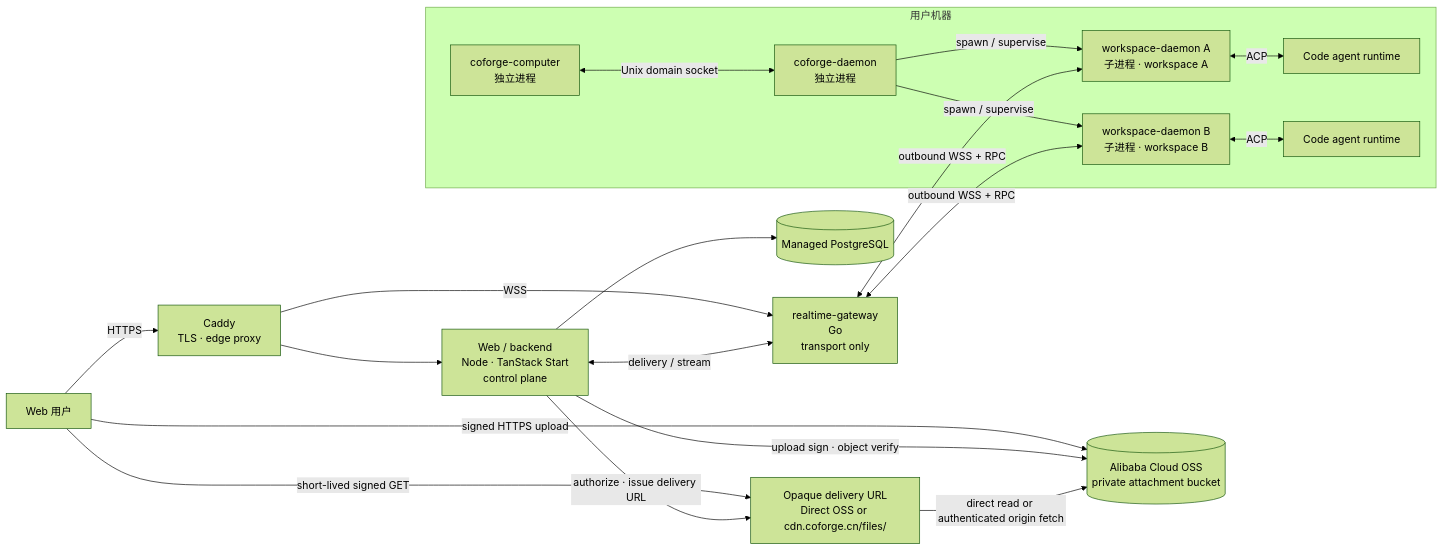
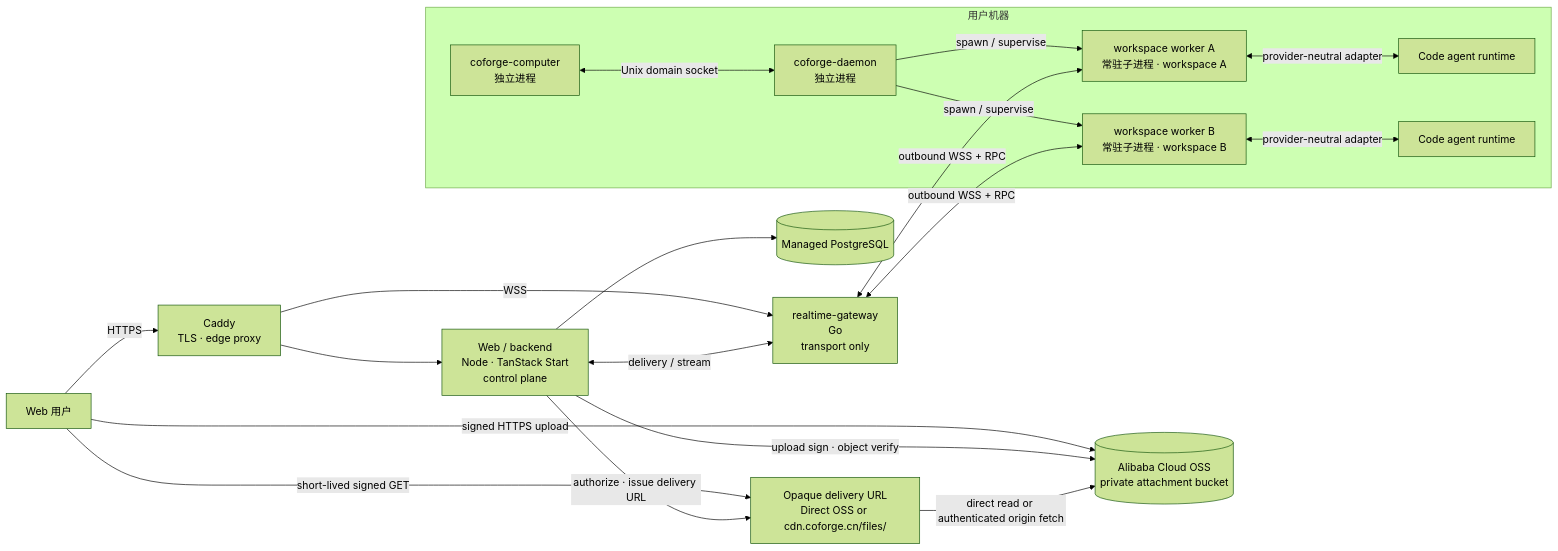
Before and after one commit to LRM-Teams/coforge: the diagram in docs/architecture.md, drawn with Mermaid (forest theme). The commit also changed other lines of this file and 39 other files, not shown here.

````diff
--- a/docs/architecture.md
+++ b/docs/architecture.md
@@ -25,31 +25,31 @@
 ```mermaid
 flowchart LR
     User[Web 用户] -->|HTTPS| Caddy[Caddy<br/>TLS · edge proxy]
     User -->|signed HTTPS upload| OSS[(Alibaba Cloud OSS<br/>private attachment bucket)]
     User -->|short-lived signed GET| Delivery[Opaque delivery URL<br/>Direct OSS or cdn.coforge.cn/files/]
     Caddy --> Web[Web / backend<br/>Node · TanStack Start<br/>control plane]
     Caddy -->|WSS| Gateway[realtime-gateway<br/>Go<br/>transport only]
     Web --> DB[(Managed PostgreSQL)]
     Web -->|upload sign · object verify| OSS
     Web -->|authorize · issue delivery URL| Delivery
     Delivery -->|direct read or authenticated origin fetch| OSS
     Web <-->|delivery / stream| Gateway
 
     subgraph Host[用户机器]
         Computer[coforge-computer<br/>独立进程]
         Daemon[coforge-daemon<br/>独立进程]
-        WD1[workspace-daemon A<br/>子进程 · workspace A]
-        WD2[workspace-daemon B<br/>子进程 · workspace B]
+        WD1[workspace worker A<br/>常驻子进程 · workspace A]
+        WD2[workspace worker B<br/>常驻子进程 · workspace B]
         Agent1[Code agent runtime]
         Agent2[Code agent runtime]
 
         Computer <-->|Unix domain socket| Daemon
         Daemon -->|spawn / supervise| WD1
         Daemon -->|spawn / supervise| WD2
-        WD1 <-->|ACP| Agent1
-        WD2 <-->|ACP| Agent2
+        WD1 <-->|provider-neutral adapter| Agent1
+        WD2 <-->|provider-neutral adapter| Agent2
     end
 
     Gateway <-->|outbound WSS + RPC| WD1
     Gateway <-->|outbound WSS + RPC| WD2
 ```
````
